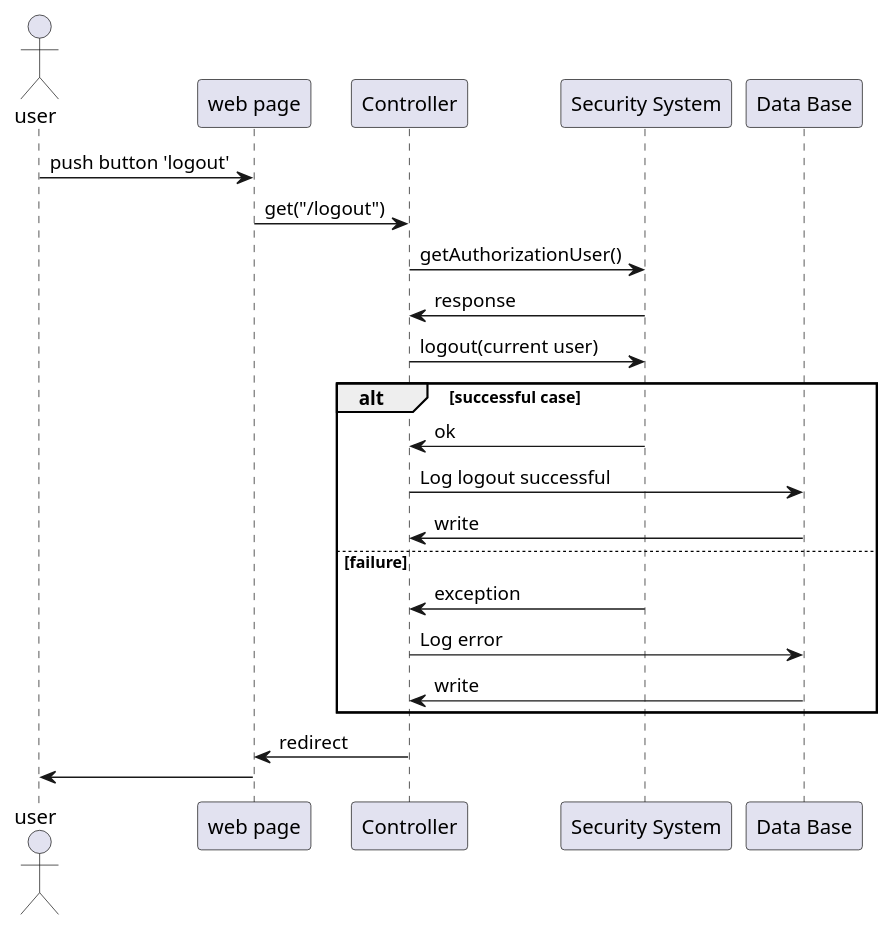
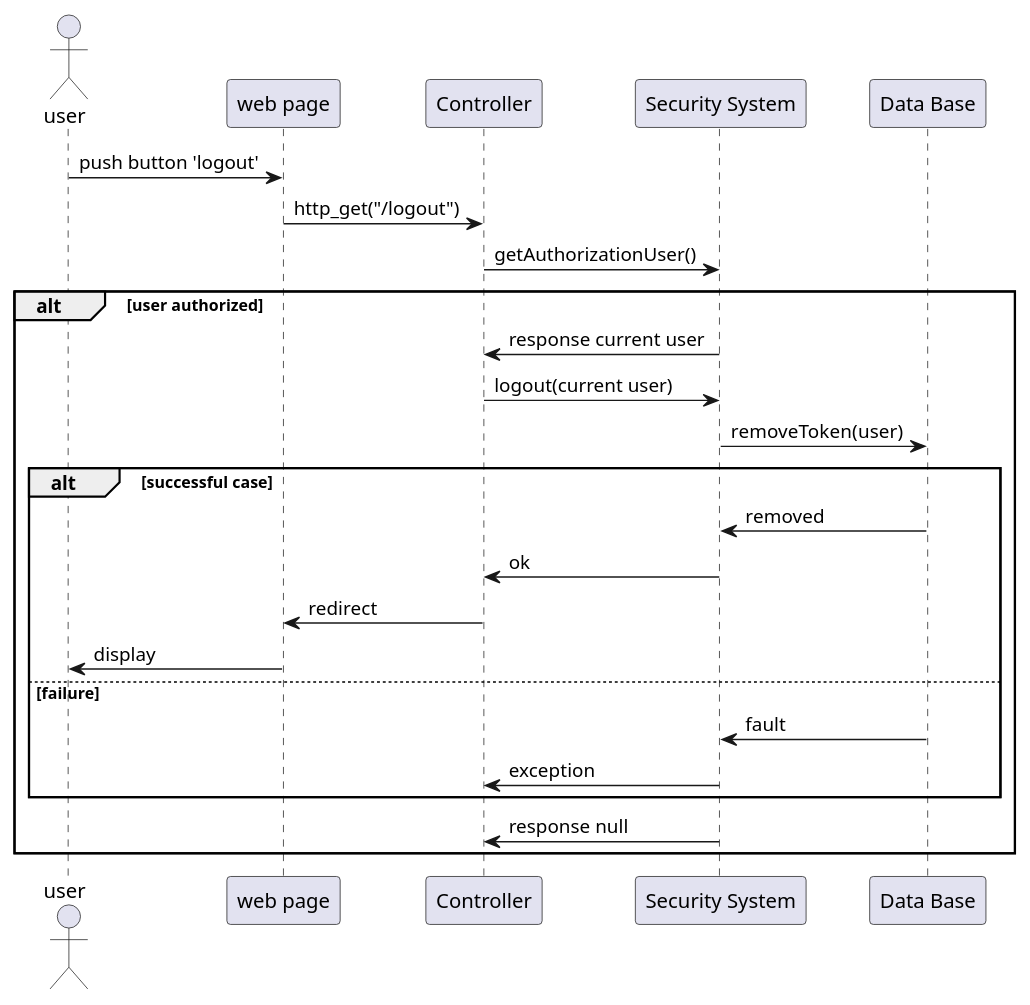
The diagram in UML/sequence diagramm/logout.puml (Pahoomich/nwchat), drawn with PlantUML before and after one commit. The commit also changed 1 other file, not shown here.

```diff
--- a/UML/sequence diagramm/logout.puml
+++ b/UML/sequence diagramm/logout.puml
@@ -1,33 +1,37 @@
 @startuml
 '
 '
 ' Implementation view
 '
 '
 
 actor user
 
 participant "web page" as wp
 participant Controller as c
 participant "Security System" as sec
 participant "Data Base" as db
 
 
 user -> wp : push button 'logout'
-wp -> c : get("/logout")
+wp -> c : http_get("/logout")
 c -> sec : getAuthorizationUser()
-sec -> c : response
-c -> sec : logout(current user)
-alt successful case
-    c <- sec : ok
-    c -> db : Log logout successful
-    c <- db : write
-else failure
-    c <- sec : exception
-    c -> db : Log error
-    c <- db : write
+alt user authorized
+    sec -> c : response current user
+    c -> sec : logout(current user)
+    sec -> db : removeToken(user)
+    alt successful case
+        sec <- db : removed
+        c <- sec : ok
+        wp <- c : redirect
+        user <- wp : display
+    else failure
+        sec <- db : fault
+        c <- sec : exception
+    end
+
+    sec -> c : response null
+
 end
 
-wp <- c : redirect
-user <- wp
 @enduml
```
